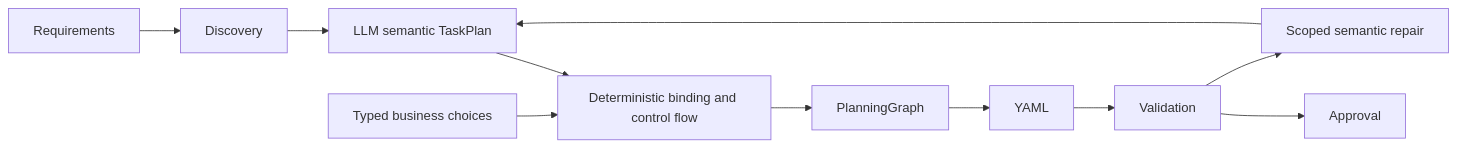
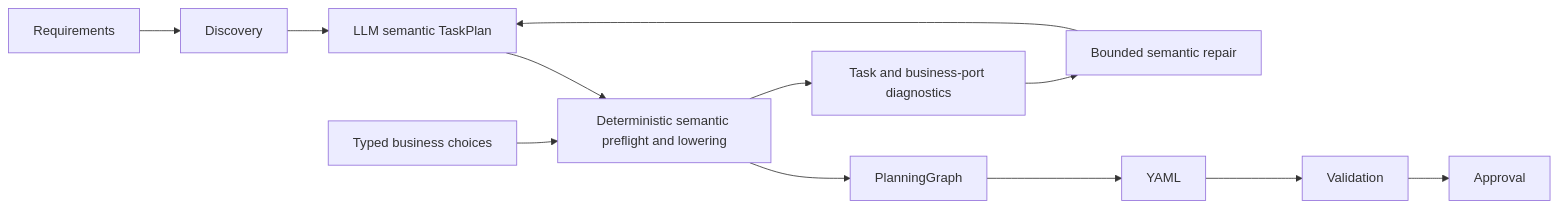
One commit to GnouGo/GnouGo changed the third of 3 diagrams in docs/flow-hybrid-v9-implementation.md. Above: the diagram before and after it, drawn with Mermaid. The commit also changed other lines of this file and 5 other files, not shown here.

Commit message:
docs(planning): freeze TaskPlan boundaries in a portable agent skill

````diff
--- a/docs/flow-hybrid-v9-implementation.md
+++ b/docs/flow-hybrid-v9-implementation.md
@@ -176,8 +46,9 @@
 ```mermaid
 flowchart LR
-  Requirements --> Discovery --> LLM[LLM semantic TaskPlan]
-  LLM --> Compiler[Deterministic binding and control flow]
+  Requirements --> Discovery --> Tasks[LLM semantic TaskPlan]
+  Tasks --> Compiler[Deterministic semantic preflight and lowering]
   Compiler --> PlanningGraph --> YAML --> Validation --> Approval
-  Validation --> TaskRepair[Scoped semantic repair] --> LLM
+  Compiler --> Findings[Task and business-port diagnostics]
+  Findings --> Repair[Bounded semantic repair] --> Tasks
   Choices[Typed business choices] --> Compiler
 ```
````
